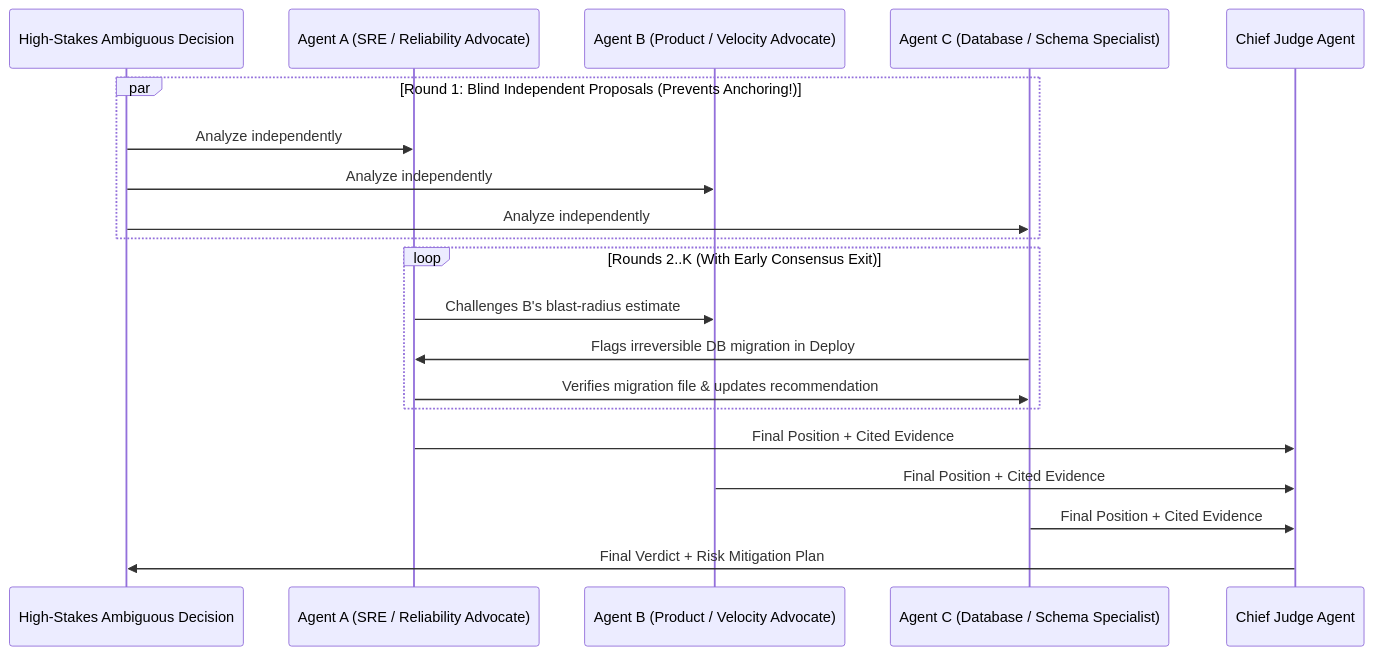
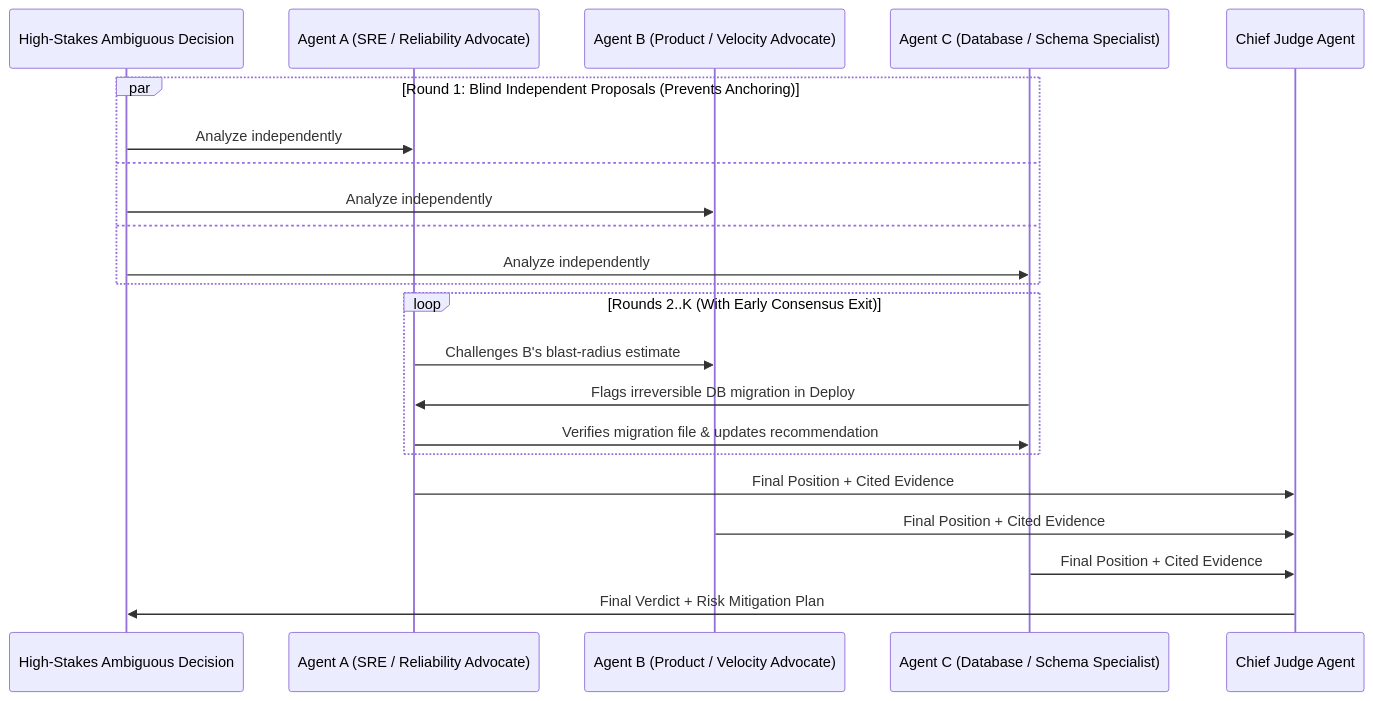
Before and after one commit to Rajdipc/agentic-ai-orchestration-patterns: the third of 3 diagrams in chapter-05-decentralized-and-emergent-topologies.md, drawn with Mermaid. The commit also changed other lines of this file and 18 other files, not shown here.

````diff
--- a/chapter-05-decentralized-and-emergent-topologies.md
+++ b/chapter-05-decentralized-and-emergent-topologies.md
@@ -164,23 +202,25 @@
 ```mermaid
 sequenceDiagram
     participant Task as High-Stakes Ambiguous Decision
     participant A as Agent A (SRE / Reliability Advocate)
     participant B as Agent B (Product / Velocity Advocate)
     participant C as Agent C (Database / Schema Specialist)
     participant Judge as Chief Judge Agent
 
-    par Round 1: Blind Independent Proposals (Prevents Anchoring!)
+    par Round 1: Blind Independent Proposals (Prevents Anchoring)
         Task->>A: Analyze independently
+    and
         Task->>B: Analyze independently
+    and
         Task->>C: Analyze independently
     end
     loop Rounds 2..K (With Early Consensus Exit)
         A->>B: Challenges B's blast-radius estimate
-        C->>A: Flags irreversible DB migration in Deploy #842!
+        C->>A: Flags irreversible DB migration in Deploy #842
         A->>C: Verifies migration file & updates recommendation
     end
     A->>Judge: Final Position + Cited Evidence
     B->>Judge: Final Position + Cited Evidence
     C->>Judge: Final Position + Cited Evidence
     Judge->>Task: Final Verdict + Risk Mitigation Plan
 ```
````
